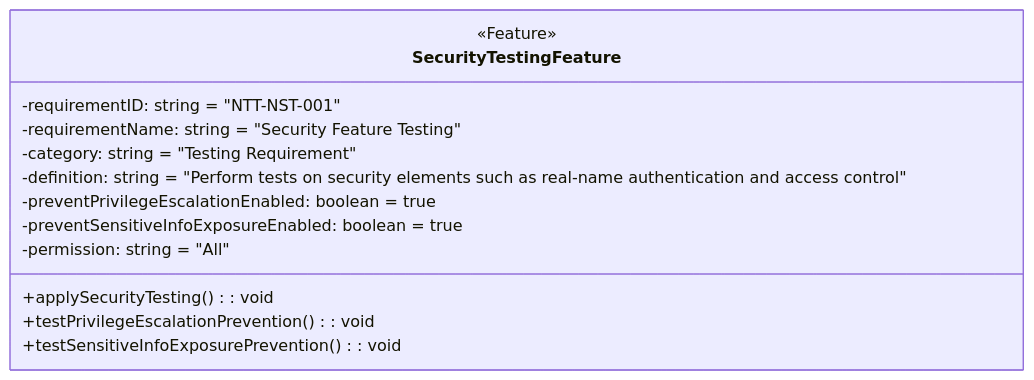
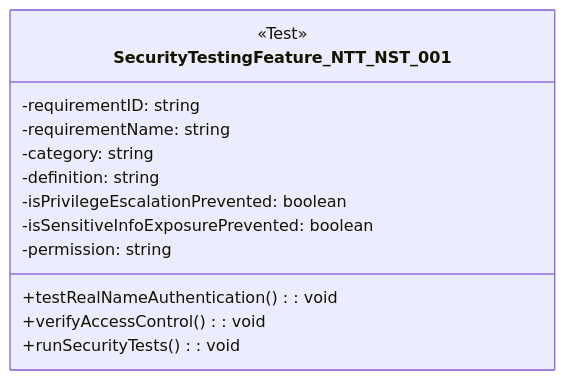
Diagram 26 of 32 in 1. Requirement Analysis/Software Requirements Specification.md (sun922/University-SoftwareDesign), drawn with Mermaid before and after one commit. The commit also changed other lines of this file, not shown here.

````diff
--- a/1. Requirement Analysis/Software Requirements Specification.md
+++ b/1. Requirement Analysis/Software Requirements Specification.md
@@ -797,18 +808,17 @@
 ```mermaid
 classDiagram
-    class SecurityTestingFeature {
-        <<Feature>>
-        -requirementID: string = "NTT-NST-001"
-        -requirementName: string = "Security Feature Testing"
-        -category: string = "Testing Requirement"
-        -definition: string = "Perform tests on security elements such as real-name authentication and access control"
-        -preventPrivilegeEscalationEnabled: boolean = true
-        -preventSensitiveInfoExposureEnabled: boolean = true
-        -permission: string = "All"
+    class SecurityTestingFeature_NTT_NST_001 {
+        <<Test>>
+        -requirementID: string
+        -requirementName: string
+        -category: string
+        -definition: string
+        -isPrivilegeEscalationPrevented: boolean
+        -isSensitiveInfoExposurePrevented: boolean
+        -permission: string
 
-        +applySecurityTesting(): void
-        +testPrivilegeEscalationPrevention(): void
-        +testSensitiveInfoExposurePrevention(): void
+        +testRealNameAuthentication(): void
+        +verifyAccessControl(): void
+        +runSecurityTests(): void
     }
-
 ```
````
